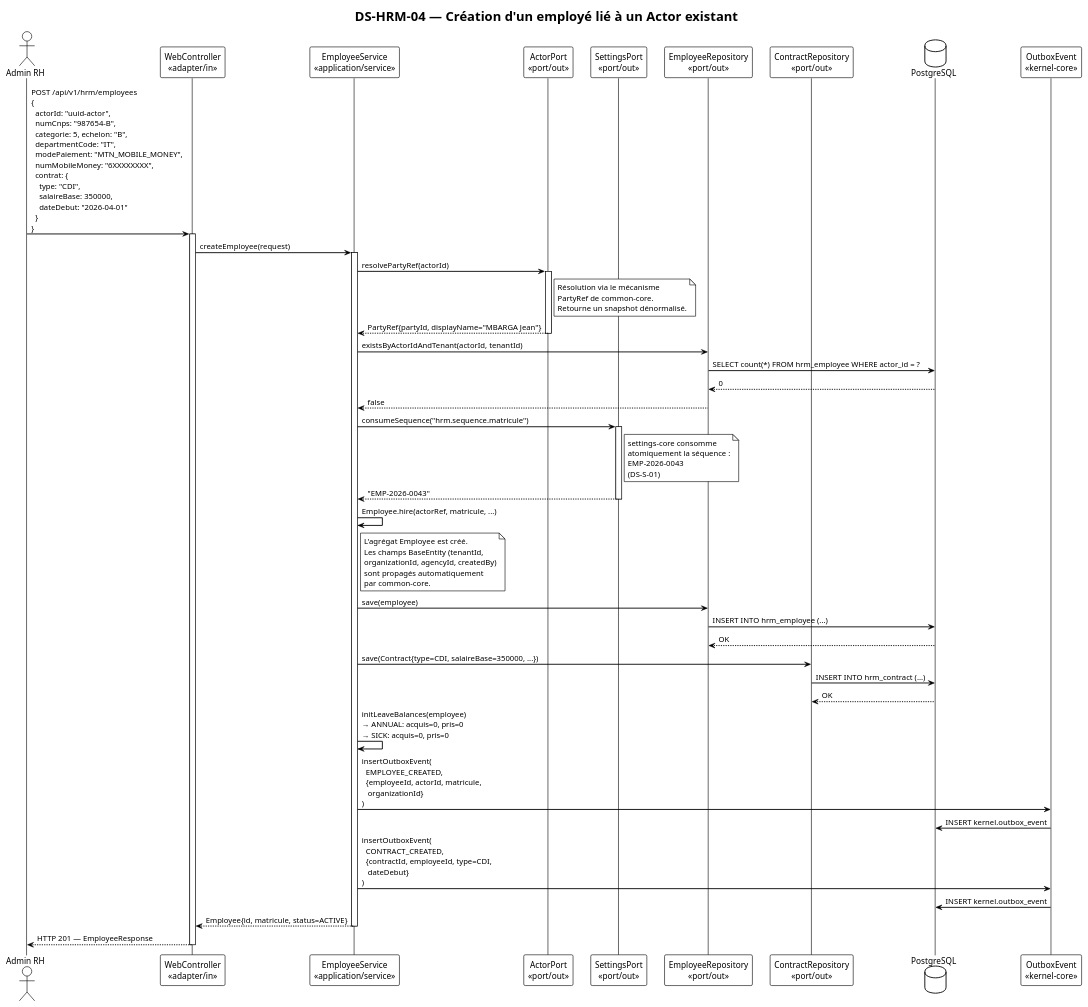
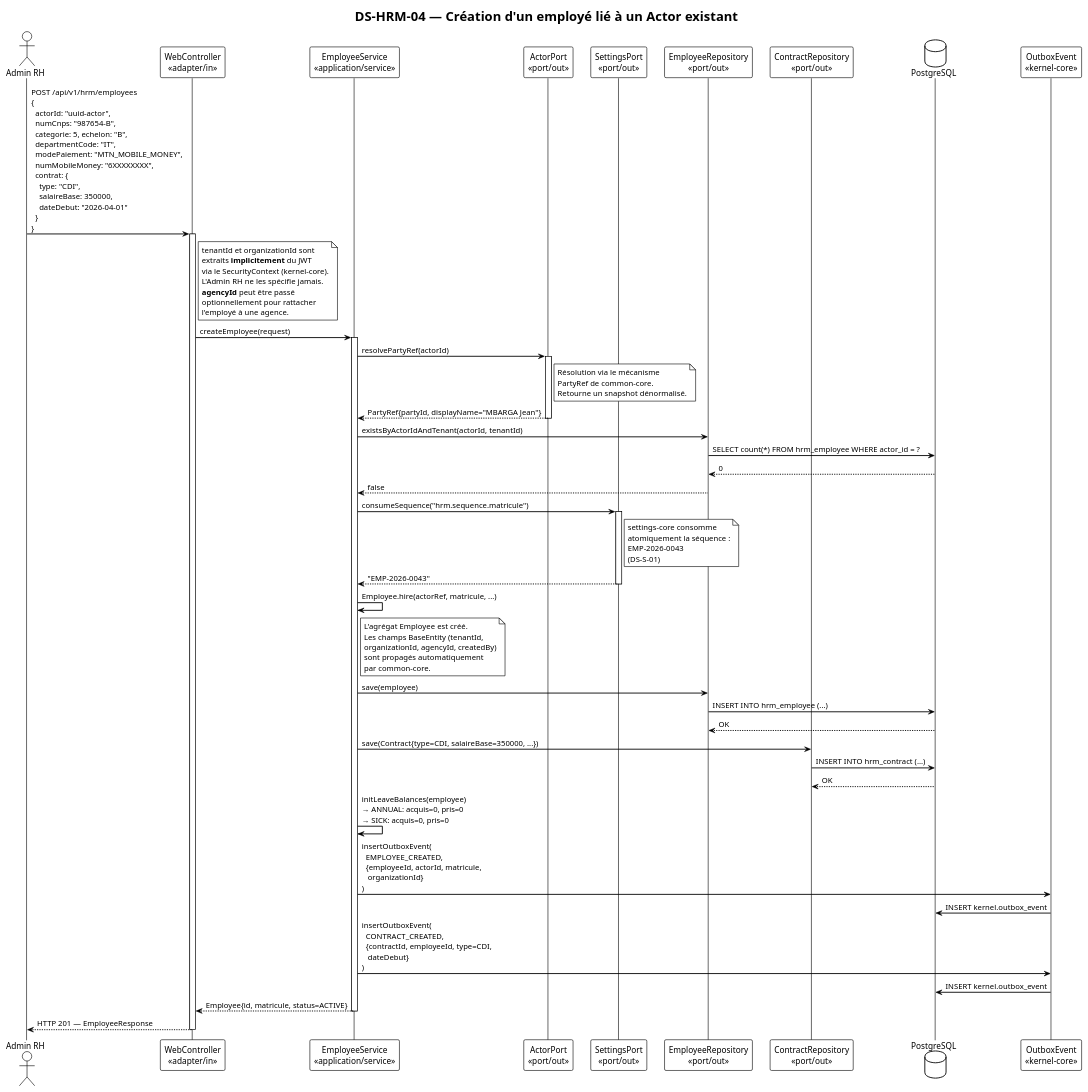
Before and after one commit to TF-Jordan/HRM_Payroll: the diagram in conception/diagrams/ds-hrm-04-employee-create.puml, drawn with PlantUML. The commit also changed 1 other file, not shown here.

Commit message:
fix(conception): contexte tenant/org implicite via JWT dans les diagrammes
- DS-HRM-01 : l'Admin RH n'envoie plus organizationId dans le body,
  il est extrait implicitement du SecurityContext (JWT).
  agencyId est un filtre optionnel (nullable).
- DS-HRM-04 : ajout note explicative sur le contexte implicite.
- Les diagrammes arch-tenant-context et act-payroll-run intégraient
  déjà correctement cette logique.

https://claude.ai/code/session_01JG8Z1misY9qBB9YZcQ8Jvd

```diff
--- a/conception/diagrams/ds-hrm-04-employee-create.puml
+++ b/conception/diagrams/ds-hrm-04-employee-create.puml
@@ -1,86 +1,96 @@
 @startuml ds-hrm-04-employee-create
 !theme plain
 skinparam sequenceArrowThickness 1.5
 
 title DS-HRM-04 — Création d'un employé lié à un Actor existant
 
 actor "Admin RH" as admin
 participant "WebController\n<<adapter/in>>" as ctrl
 participant "EmployeeService\n<<application/service>>" as svc
 participant "ActorPort\n<<port/out>>" as actorPort
 participant "SettingsPort\n<<port/out>>" as settingsPort
 participant "EmployeeRepository\n<<port/out>>" as empRepo
 participant "ContractRepository\n<<port/out>>" as ctrRepo
 database "PostgreSQL" as db
 participant "OutboxEvent\n<<kernel-core>>" as outbox
 
 admin -> ctrl : POST /api/v1/hrm/employees\n{\n  actorId: "uuid-actor",\n  numCnps: "987654-B",\n  categorie: 5, echelon: "B",\n  departmentCode: "IT",\n  modePaiement: "MTN_MOBILE_MONEY",\n  numMobileMoney: "6XXXXXXXX",\n  contrat: {\n    type: "CDI",\n    salaireBase: 350000,\n    dateDebut: "2026-04-01"\n  }\n}
 activate ctrl
+
+note right of ctrl
+  tenantId et organizationId sont
+  extraits **implicitement** du JWT
+  via le SecurityContext (kernel-core).
+  L'Admin RH ne les spécifie jamais.
+  **agencyId** peut être passé
+  optionnellement pour rattacher
+  l'employé à une agence.
+end note
 
 ctrl -> svc : createEmployee(request)
 activate svc
 
 ' Vérifier que l'acteur existe via actor-core
 svc -> actorPort : resolvePartyRef(actorId)
 activate actorPort
 note right of actorPort
   Résolution via le mécanisme
   PartyRef de common-core.
   Retourne un snapshot dénormalisé.
 end note
 actorPort --> svc : PartyRef{partyId, displayName="MBARGA Jean"}
 deactivate actorPort
 
 ' Vérifier qu'il n'existe pas déjà un Employee pour cet Actor
 svc -> empRepo : existsByActorIdAndTenant(actorId, tenantId)
 empRepo -> db : SELECT count(*) FROM hrm_employee WHERE actor_id = ?
 db --> empRepo : 0
 empRepo --> svc : false
 
 ' Générer le matricule via settings-core (séquence documentaire)
 svc -> settingsPort : consumeSequence("hrm.sequence.matricule")
 activate settingsPort
 note right of settingsPort
   settings-core consomme
   atomiquement la séquence :
   EMP-2026-0043
   (DS-S-01)
 end note
 settingsPort --> svc : "EMP-2026-0043"
 deactivate settingsPort
 
 ' Créer l'Employee
 svc -> svc : Employee.hire(actorRef, matricule, ...)
 note right of svc
   L'agrégat Employee est créé.
   Les champs BaseEntity (tenantId,
   organizationId, agencyId, createdBy)
   sont propagés automatiquement
   par common-core.
 end note
 
 svc -> empRepo : save(employee)
 empRepo -> db : INSERT INTO hrm_employee (...)
 db --> empRepo : OK
 
 ' Créer le contrat initial
 svc -> ctrRepo : save(Contract{type=CDI, salaireBase=350000, ...})
 ctrRepo -> db : INSERT INTO hrm_contract (...)
 db --> ctrRepo : OK
 
 ' Initialiser les soldes de congés
 svc -> svc : initLeaveBalances(employee)\n→ ANNUAL: acquis=0, pris=0\n→ SICK: acquis=0, pris=0
 
 ' Publier les événements
 svc -> outbox : insertOutboxEvent(\n  EMPLOYEE_CREATED,\n  {employeeId, actorId, matricule,\n   organizationId}\n)
 outbox -> db : INSERT kernel.outbox_event
 
 svc -> outbox : insertOutboxEvent(\n  CONTRACT_CREATED,\n  {contractId, employeeId, type=CDI,\n   dateDebut}\n)
 outbox -> db : INSERT kernel.outbox_event
 
 svc --> ctrl : Employee{id, matricule, status=ACTIVE}
 deactivate svc
 ctrl --> admin : HTTP 201 — EmployeeResponse
 deactivate ctrl
 
 @enduml
```
